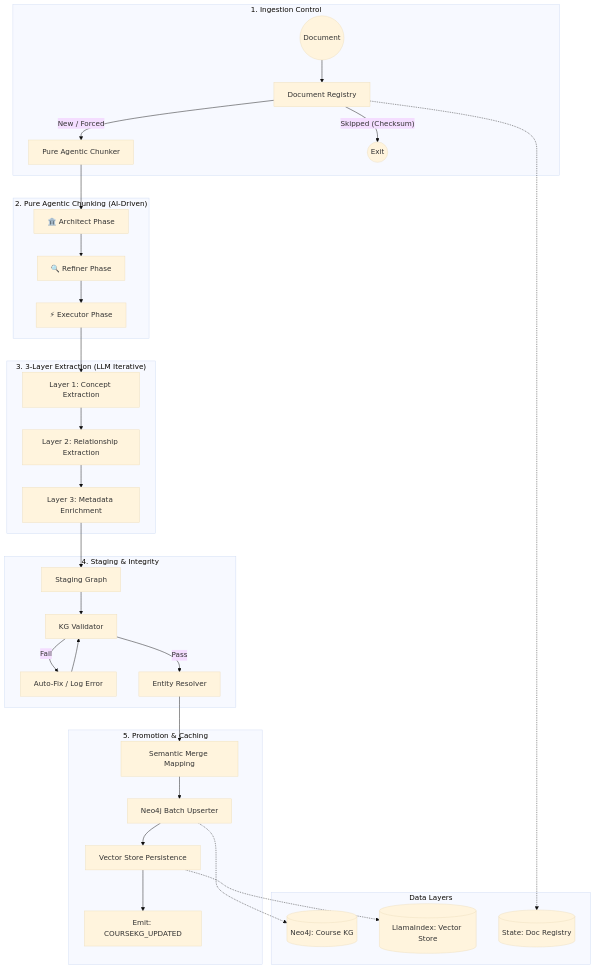
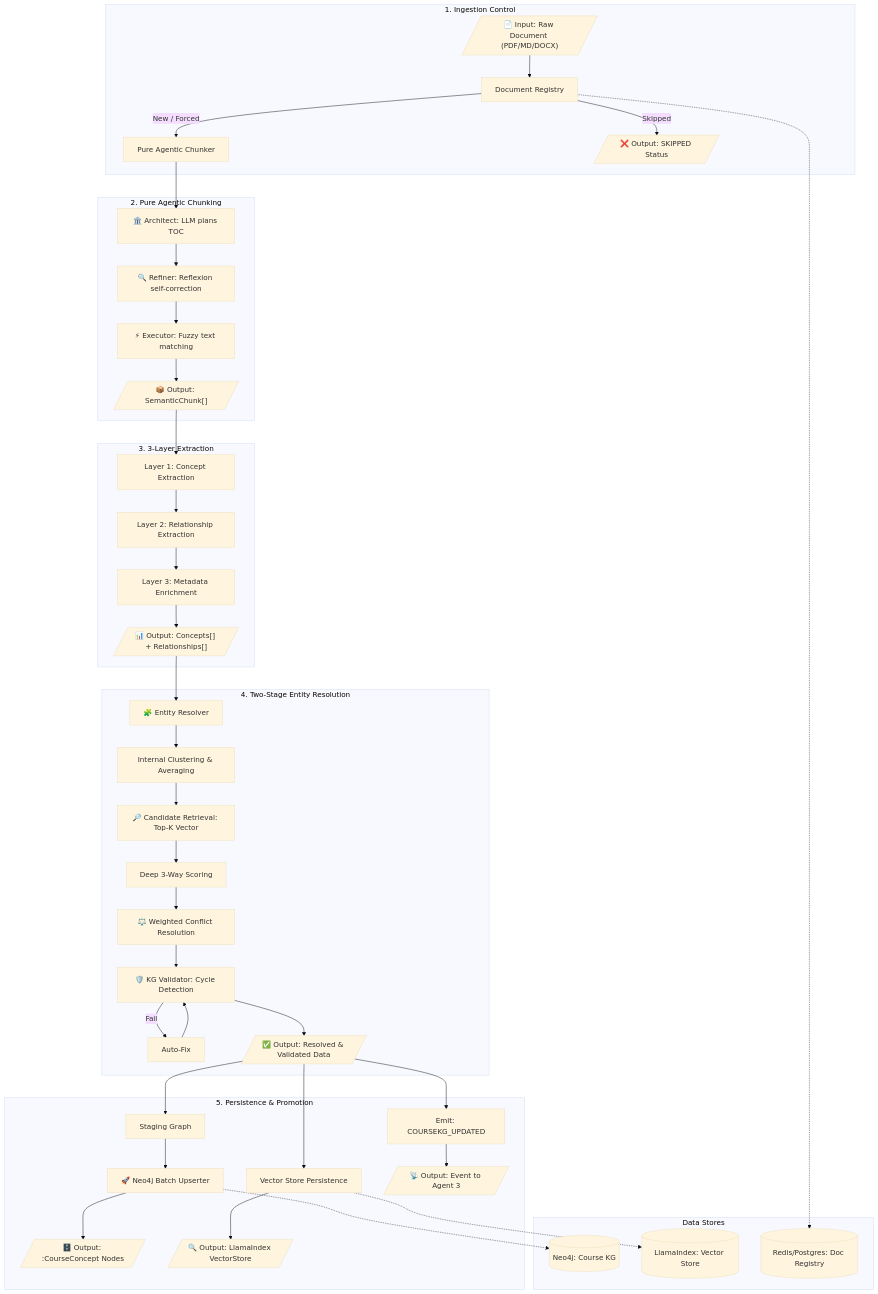
Before and after one commit to MinhAn15/Agentic-Personalized-LearningPath: the diagram in docs/AGENT_1_KNOWLEDGE_EXTRACTION.md, drawn with Mermaid (base theme). The commit also changed other lines of this file and 2 other files, not shown here.

Commit message:
feat: Introduce production-grade Knowledge Extraction Agent (V2) with semantic chunking and entity resolution, along with its documentation.

````diff
--- a/docs/AGENT_1_KNOWLEDGE_EXTRACTION.md
+++ b/docs/AGENT_1_KNOWLEDGE_EXTRACTION.md
@@ -12,45 +12,55 @@
 ```mermaid
 graph TD
     subgraph "1. Ingestion Control"
-        START((Document)) --> REG[Document Registry]
+        IN1[/"📄 Input: Raw Document (PDF/MD/DOCX)"/]
+        IN1 --> REG[Document Registry]
         REG -- "New / Forced" --> CHUNK[Pure Agentic Chunker]
-        REG -- "Skipped (Checksum)" --> END((Exit))
+        REG -- "Skipped" --> OUT1[/"❌ Output: SKIPPED Status"/]
     end
 
-    subgraph "2. Pure Agentic Chunking (AI-Driven)"
-        CHUNK --> ARCH[🏛️ Architect Phase]
-        ARCH --> REF[🔍 Refiner Phase]
-        REF --> EXEC[⚡ Executor Phase]
+    subgraph "2. Pure Agentic Chunking"
+        CHUNK --> ARCH[🏛️ Architect: LLM plans TOC]
+        ARCH --> REF[🔍 Refiner: Reflexion self-correction]
+        REF --> EXEC[⚡ Executor: Fuzzy text matching]
+        EXEC --> OUT2[/"📦 Output: SemanticChunk[]"/]
     end
 
-    subgraph "3. 3-Layer Extraction (LLM Iterative)"
-        EXEC --> L1[Layer 1: Concept Extraction]
+    subgraph "3. 3-Layer Extraction"
+        OUT2 --> L1[Layer 1: Concept Extraction]
         L1 --> L2[Layer 2: Relationship Extraction]
         L2 --> L3[Layer 3: Metadata Enrichment]
+        L3 --> OUT3[/"📊 Output: Concepts[] + Relationships[]"/]
     end
 
-    subgraph "4. Staging & Integrity"
-        L3 --> STAGE[Staging Graph]
-        STAGE --> VAL[KG Validator]
-        VAL -- Fail --> FIX[Auto-Fix / Log Error]
+    subgraph "4. Two-Stage Entity Resolution"
+        OUT3 --> RESOLVE[🧩 Entity Resolver]
+        RESOLVE --> INTERNAL[Internal Clustering & Averaging]
+        INTERNAL --> CAND[🔎 Candidate Retrieval: Top-K Vector]
+        CAND --> DEEP[Deep 3-Way Scoring]
+        DEEP --> CONFLICT[⚖️ Weighted Conflict Resolution]
+        CONFLICT --> VAL[🛡️ KG Validator: Cycle Detection]
+        VAL -- Fail --> FIX[Auto-Fix]
         FIX --> VAL
-        VAL -- Pass --> RESOLVE[Entity Resolver]
+        VAL --> OUT4[/"✅ Output: Resolved & Validated Data"/]
     end
 
-    subgraph "5. Promotion & Caching"
-        RESOLVE --> MERGE[Semantic Merge Mapping]
-        MERGE --> BATCH[Neo4j Batch Upserter]
-        BATCH --> VECTOR[Vector Store Persistence]
-        VECTOR --> EVENT[Emit: COURSEKG_UPDATED]
+    subgraph "5. Persistence & Promotion"
+        OUT4 --> STAGE[Staging Graph]
+        STAGE --> BATCH[🚀 Neo4j Batch Upserter]
+        BATCH --> OUT5A[/"🗄️ Output: :CourseConcept Nodes"/]
+        OUT4 --> VECTOR[Vector Store Persistence]
+        VECTOR --> OUT5B[/"🔍 Output: LlamaIndex VectorStore"/]
+        OUT4 --> EVENT[Emit: COURSEKG_UPDATED]
+        EVENT --> OUT5C[/"📡 Output: Event to Agent 3"/]
     end
 
-    subgraph "Data Layers"
+    subgraph "Data Stores"
         NEO[(Neo4j: Course KG)]
         VEC[(LlamaIndex: Vector Store)]
-        DB[(State: Doc Registry)]
+        DB[(Redis/Postgres: Doc Registry)]
     end
 
     REG -.-> DB
     BATCH -.-> NEO
     VECTOR -.-> VEC
 ```
````
